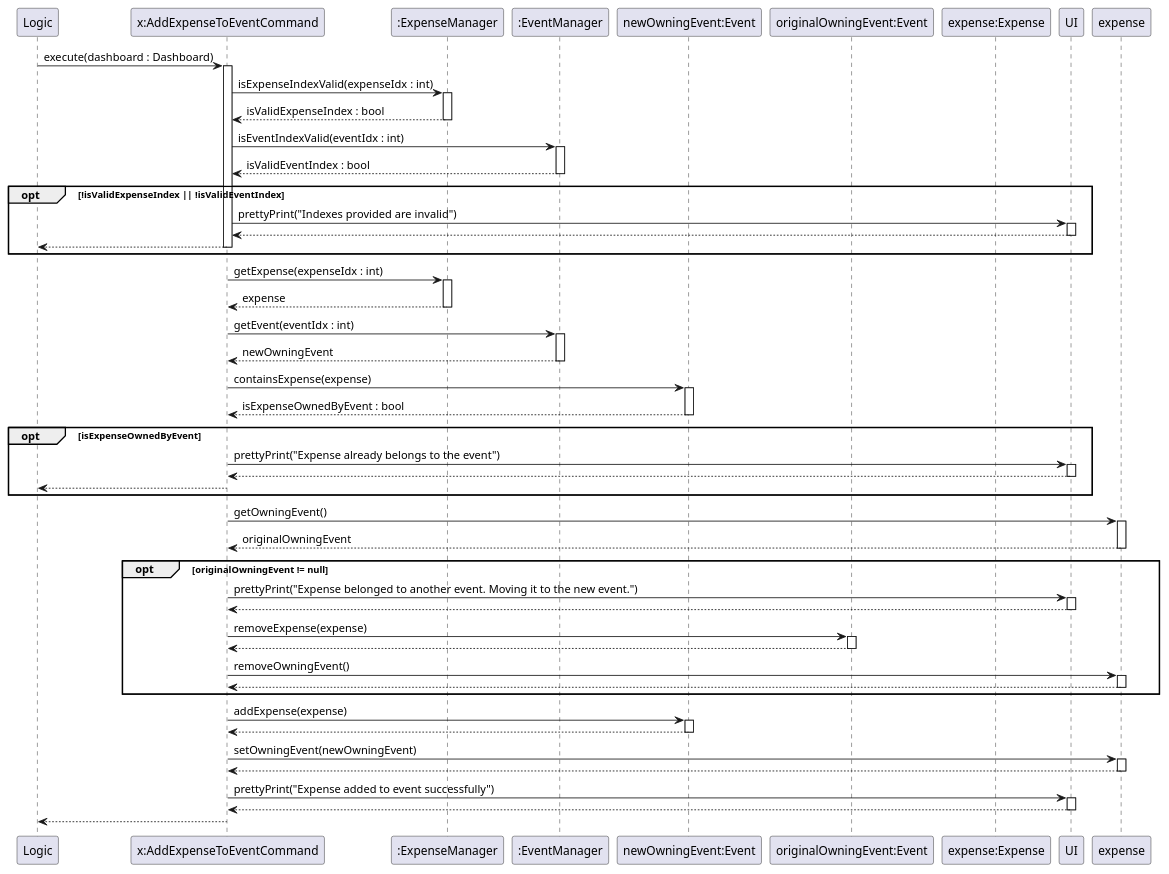
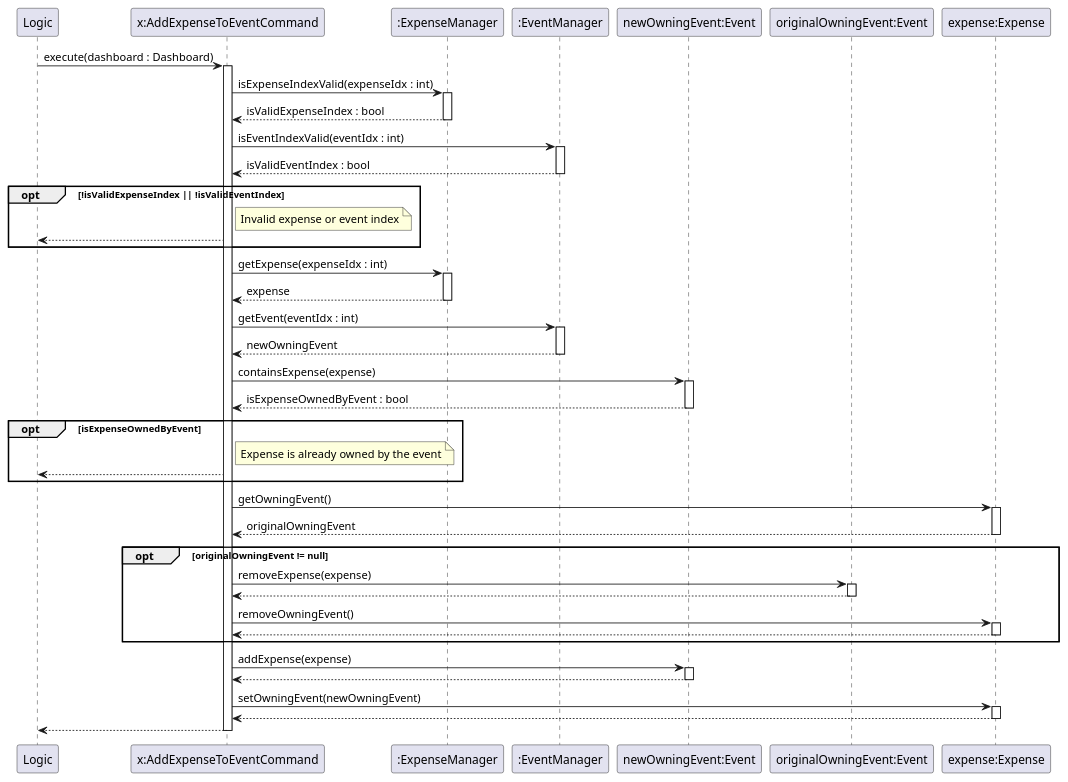
The diagram in docs/team/UML_Files/executeAddExpenseToEventCommand.puml (nus-cs2113-AY2324S2/tp), drawn with PlantUML before and after one commit.

```diff
--- a/docs/team/UML_Files/executeAddExpenseToEventCommand.puml
+++ b/docs/team/UML_Files/executeAddExpenseToEventCommand.puml
@@ -1,96 +1,82 @@
 @startuml
 participant Logic 
 participant "x:AddExpenseToEventCommand" as Command
 participant ":ExpenseManager" as ExpenseManager
 participant ":EventManager" as EventManager
 participant "newOwningEvent:Event" as noe
 participant "originalOwningEvent:Event" as ooe
 participant "expense:Expense" as Expense
-participant "UI" as UI
 
 
 Logic -> Command: execute(dashboard : Dashboard)
 activate Command
 
 Command -> ExpenseManager: isExpenseIndexValid(expenseIdx : int)
 activate ExpenseManager
 ExpenseManager --> Command: isValidExpenseIndex : bool
 deactivate ExpenseManager
 
 Command -> EventManager: isEventIndexValid(eventIdx : int)
 activate EventManager
 EventManager --> Command: isValidEventIndex : bool
 deactivate EventManager
 
 opt !isValidExpenseIndex || !isValidEventIndex
-    Command -> UI: prettyPrint("Indexes provided are invalid")
-    activate UI
-    UI --> Command:
-    deactivate UI
+    note right of Command
+        Invalid expense or event index
+    end note
     Command --> Logic: 
-    deactivate Command
 end
 
 Command -> ExpenseManager: getExpense(expenseIdx : int)
 activate ExpenseManager
 ExpenseManager --> Command: expense
 deactivate ExpenseManager
 
 Command -> EventManager: getEvent(eventIdx : int)
 activate EventManager
 EventManager --> Command: newOwningEvent
 deactivate EventManager
 
 Command -> noe : containsExpense(expense)
 activate noe
 noe --> Command: isExpenseOwnedByEvent : bool
 deactivate noe
 
 opt isExpenseOwnedByEvent
-    Command -> UI: prettyPrint("Expense already belongs to the event")
-    activate UI
-    UI --> Command:
-    deactivate UI
+    note right of Command
+        Expense is already owned by the event
+    end note
     Command --> Logic:
-    deactivate Command
 end
 
-Command -> expense: getOwningEvent()
-activate expense
-expense --> Command: originalOwningEvent
-deactivate expense
+Command -> Expense: getOwningEvent()
+activate Expense
+Expense --> Command: originalOwningEvent
+deactivate Expense
 
 opt originalOwningEvent != null
-    Command -> UI: prettyPrint("Expense belonged to another event. Moving it to the new event.")
-    activate UI
-    UI --> Command:
-    deactivate UI
     Command -> ooe: removeExpense(expense)
     activate ooe
     ooe --> Command:
     deactivate ooe
-    Command -> expense: removeOwningEvent()
-    activate expense
-    expense --> Command:
-    deactivate expense
+    Command -> Expense: removeOwningEvent()
+    activate Expense
+    Expense --> Command:
+    deactivate Expense
 end
 
 Command -> noe: addExpense(expense)
 activate noe
 noe --> Command:
 deactivate noe
 
-Command -> expense: setOwningEvent(newOwningEvent)
-activate expense
-expense --> Command:
-deactivate expense
-
-Command -> UI: prettyPrint("Expense added to event successfully")
-activate UI
-UI --> Command:
-deactivate UI
+Command -> Expense: setOwningEvent(newOwningEvent)
+activate Expense
+Expense --> Command:
+deactivate Expense
 
 Command --> Logic:
 deactivate Command
 
 @enduml
```
